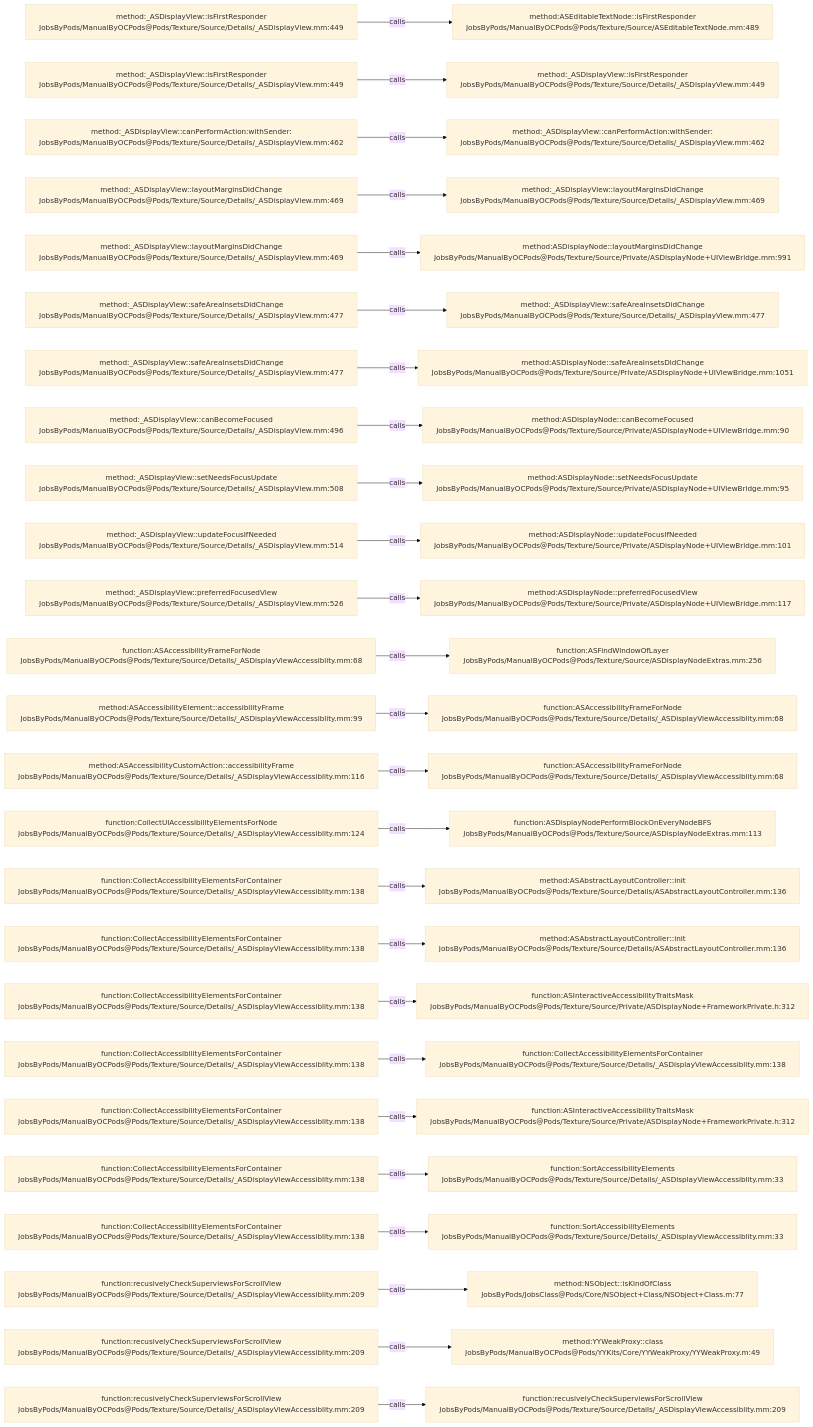
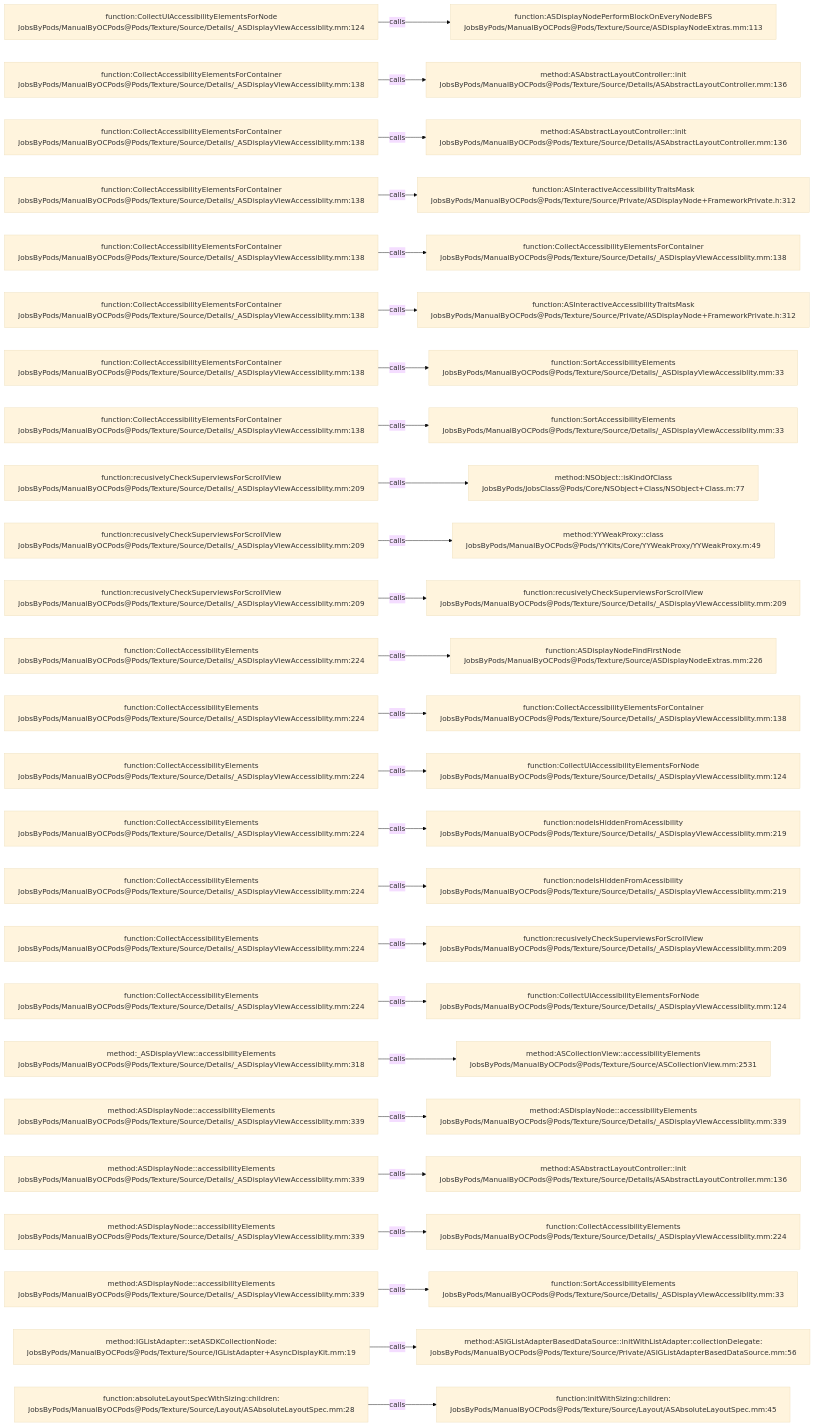
The diagram in .codegraph/codegraph.md/graphs/calls-175.md (JobsKits/JobsOCBaseConfigDemo), drawn with Mermaid (base theme) before and after one commit. The commit also changed 296 other files, not shown here.

````diff
--- a/.codegraph/codegraph.md/graphs/calls-175.md
+++ b/.codegraph/codegraph.md/graphs/calls-175.md
@@ -13,78 +13,78 @@
 ```mermaid
 flowchart LR
-  S1["method:_ASDisplayView::isFirstResponder<br/>JobsByPods/ManualByOCPods@Pods/Texture/Source/Details/_ASDisplayView.mm:449"]
-  T1["method:ASEditableTextNode::isFirstResponder<br/>JobsByPods/ManualByOCPods@Pods/Texture/Source/ASEditableTextNode.mm:489"]
+  S1["function:CollectUIAccessibilityElementsForNode<br/>JobsByPods/ManualByOCPods@Pods/Texture/Source/Details/_ASDisplayViewAccessiblity.mm:124"]
+  T1["function:ASDisplayNodePerformBlockOnEveryNodeBFS<br/>JobsByPods/ManualByOCPods@Pods/Texture/Source/ASDisplayNodeExtras.mm:113"]
   S1 -->|calls| T1
-  S2["method:_ASDisplayView::isFirstResponder<br/>JobsByPods/ManualByOCPods@Pods/Texture/Source/Details/_ASDisplayView.mm:449"]
-  T2["method:_ASDisplayView::isFirstResponder<br/>JobsByPods/ManualByOCPods@Pods/Texture/Source/Details/_ASDisplayView.mm:449"]
+  S2["function:CollectAccessibilityElementsForContainer<br/>JobsByPods/ManualByOCPods@Pods/Texture/Source/Details/_ASDisplayViewAccessiblity.mm:138"]
+  T2["method:ASAbstractLayoutController::init<br/>JobsByPods/ManualByOCPods@Pods/Texture/Source/Details/ASAbstractLayoutController.mm:136"]
   S2 -->|calls| T2
-  S3["method:_ASDisplayView::canPerformAction:withSender:<br/>JobsByPods/ManualByOCPods@Pods/Texture/Source/Details/_ASDisplayView.mm:462"]
-  T3["method:_ASDisplayView::canPerformAction:withSender:<br/>JobsByPods/ManualByOCPods@Pods/Texture/Source/Details/_ASDisplayView.mm:462"]
+  S3["function:CollectAccessibilityElementsForContainer<br/>JobsByPods/ManualByOCPods@Pods/Texture/Source/Details/_ASDisplayViewAccessiblity.mm:138"]
+  T3["method:ASAbstractLayoutController::init<br/>JobsByPods/ManualByOCPods@Pods/Texture/Source/Details/ASAbstractLayoutController.mm:136"]
   S3 -->|calls| T3
-  S4["method:_ASDisplayView::layoutMarginsDidChange<br/>JobsByPods/ManualByOCPods@Pods/Texture/Source/Details/_ASDisplayView.mm:469"]
-  T4["method:_ASDisplayView::layoutMarginsDidChange<br/>JobsByPods/ManualByOCPods@Pods/Texture/Source/Details/_ASDisplayView.mm:469"]
+  S4["function:CollectAccessibilityElementsForContainer<br/>JobsByPods/ManualByOCPods@Pods/Texture/Source/Details/_ASDisplayViewAccessiblity.mm:138"]
+  T4["function:ASInteractiveAccessibilityTraitsMask<br/>JobsByPods/ManualByOCPods@Pods/Texture/Source/Private/ASDisplayNode+FrameworkPrivate.h:312"]
   S4 -->|calls| T4
-  S5["method:_ASDisplayView::layoutMarginsDidChange<br/>JobsByPods/ManualByOCPods@Pods/Texture/Source/Details/_ASDisplayView.mm:469"]
-  T5["method:ASDisplayNode::layoutMarginsDidChange<br/>JobsByPods/ManualByOCPods@Pods/Texture/Source/Private/ASDisplayNode+UIViewBridge.mm:991"]
+  S5["function:CollectAccessibilityElementsForContainer<br/>JobsByPods/ManualByOCPods@Pods/Texture/Source/Details/_ASDisplayViewAccessiblity.mm:138"]
+  T5["function:CollectAccessibilityElementsForContainer<br/>JobsByPods/ManualByOCPods@Pods/Texture/Source/Details/_ASDisplayViewAccessiblity.mm:138"]
   S5 -->|calls| T5
-  S6["method:_ASDisplayView::safeAreaInsetsDidChange<br/>JobsByPods/ManualByOCPods@Pods/Texture/Source/Details/_ASDisplayView.mm:477"]
-  T6["method:_ASDisplayView::safeAreaInsetsDidChange<br/>JobsByPods/ManualByOCPods@Pods/Texture/Source/Details/_ASDisplayView.mm:477"]
+  S6["function:CollectAccessibilityElementsForContainer<br/>JobsByPods/ManualByOCPods@Pods/Texture/Source/Details/_ASDisplayViewAccessiblity.mm:138"]
+  T6["function:ASInteractiveAccessibilityTraitsMask<br/>JobsByPods/ManualByOCPods@Pods/Texture/Source/Private/ASDisplayNode+FrameworkPrivate.h:312"]
   S6 -->|calls| T6
-  S7["method:_ASDisplayView::safeAreaInsetsDidChange<br/>JobsByPods/ManualByOCPods@Pods/Texture/Source/Details/_ASDisplayView.mm:477"]
-  T7["method:ASDisplayNode::safeAreaInsetsDidChange<br/>JobsByPods/ManualByOCPods@Pods/Texture/Source/Private/ASDisplayNode+UIViewBridge.mm:1051"]
+  S7["function:CollectAccessibilityElementsForContainer<br/>JobsByPods/ManualByOCPods@Pods/Texture/Source/Details/_ASDisplayViewAccessiblity.mm:138"]
+  T7["function:SortAccessibilityElements<br/>JobsByPods/ManualByOCPods@Pods/Texture/Source/Details/_ASDisplayViewAccessiblity.mm:33"]
   S7 -->|calls| T7
-  S8["method:_ASDisplayView::canBecomeFocused<br/>JobsByPods/ManualByOCPods@Pods/Texture/Source/Details/_ASDisplayView.mm:496"]
-  T8["method:ASDisplayNode::canBecomeFocused<br/>JobsByPods/ManualByOCPods@Pods/Texture/Source/Private/ASDisplayNode+UIViewBridge.mm:90"]
+  S8["function:CollectAccessibilityElementsForContainer<br/>JobsByPods/ManualByOCPods@Pods/Texture/Source/Details/_ASDisplayViewAccessiblity.mm:138"]
+  T8["function:SortAccessibilityElements<br/>JobsByPods/ManualByOCPods@Pods/Texture/Source/Details/_ASDisplayViewAccessiblity.mm:33"]
   S8 -->|calls| T8
-  S9["method:_ASDisplayView::setNeedsFocusUpdate<br/>JobsByPods/ManualByOCPods@Pods/Texture/Source/Details/_ASDisplayView.mm:508"]
-  T9["method:ASDisplayNode::setNeedsFocusUpdate<br/>JobsByPods/ManualByOCPods@Pods/Texture/Source/Private/ASDisplayNode+UIViewBridge.mm:95"]
+  S9["function:recusivelyCheckSuperviewsForScrollView<br/>JobsByPods/ManualByOCPods@Pods/Texture/Source/Details/_ASDisplayViewAccessiblity.mm:209"]
+  T9["method:NSObject::isKindOfClass<br/>JobsByPods/JobsClass@Pods/Core/NSObject+Class/NSObject+Class.m:77"]
   S9 -->|calls| T9
-  S10["method:_ASDisplayView::updateFocusIfNeeded<br/>JobsByPods/ManualByOCPods@Pods/Texture/Source/Details/_ASDisplayView.mm:514"]
-  T10["method:ASDisplayNode::updateFocusIfNeeded<br/>JobsByPods/ManualByOCPods@Pods/Texture/Source/Private/ASDisplayNode+UIViewBridge.mm:101"]
+  S10["function:recusivelyCheckSuperviewsForScrollView<br/>JobsByPods/ManualByOCPods@Pods/Texture/Source/Details/_ASDisplayViewAccessiblity.mm:209"]
+  T10["method:YYWeakProxy::class<br/>JobsByPods/ManualByOCPods@Pods/YYKits/Core/YYWeakProxy/YYWeakProxy.m:49"]
   S10 -->|calls| T10
-  S11["method:_ASDisplayView::preferredFocusedView<br/>JobsByPods/ManualByOCPods@Pods/Texture/Source/Details/_ASDisplayView.mm:526"]
-  T11["method:ASDisplayNode::preferredFocusedView<br/>JobsByPods/ManualByOCPods@Pods/Texture/Source/Private/ASDisplayNode+UIViewBridge.mm:117"]
+  S11["function:recusivelyCheckSuperviewsForScrollView<br/>JobsByPods/ManualByOCPods@Pods/Texture/Source/Details/_ASDisplayViewAccessiblity.mm:209"]
+  T11["function:recusivelyCheckSuperviewsForScrollView<br/>JobsByPods/ManualByOCPods@Pods/Texture/Source/Details/_ASDisplayViewAccessiblity.mm:209"]
   S11 -->|calls| T11
-  S12["function:ASAccessibilityFrameForNode<br/>JobsByPods/ManualByOCPods@Pods/Texture/Source/Details/_ASDisplayViewAccessiblity.mm:68"]
-  T12["function:ASFindWindowOfLayer<br/>JobsByPods/ManualByOCPods@Pods/Texture/Source/ASDisplayNodeExtras.mm:256"]
+  S12["function:CollectAccessibilityElements<br/>JobsByPods/ManualByOCPods@Pods/Texture/Source/Details/_ASDisplayViewAccessiblity.mm:224"]
+  T12["function:ASDisplayNodeFindFirstNode<br/>JobsByPods/ManualByOCPods@Pods/Texture/Source/ASDisplayNodeExtras.mm:226"]
   S12 -->|calls| T12
-  S13["method:ASAccessibilityElement::accessibilityFrame<br/>JobsByPods/ManualByOCPods@Pods/Texture/Source/Details/_ASDisplayViewAccessiblity.mm:99"]
-  T13["function:ASAccessibilityFrameForNode<br/>JobsByPods/ManualByOCPods@Pods/Texture/Source/Details/_ASDisplayViewAccessiblity.mm:68"]
+  S13["function:CollectAccessibilityElements<br/>JobsByPods/ManualByOCPods@Pods/Texture/Source/Details/_ASDisplayViewAccessiblity.mm:224"]
+  T13["function:CollectAccessibilityElementsForContainer<br/>JobsByPods/ManualByOCPods@Pods/Texture/Source/Details/_ASDisplayViewAccessiblity.mm:138"]
   S13 -->|calls| T13
-  S14["method:ASAccessibilityCustomAction::accessibilityFrame<br/>JobsByPods/ManualByOCPods@Pods/Texture/Source/Details/_ASDisplayViewAccessiblity.mm:116"]
-  T14["function:ASAccessibilityFrameForNode<br/>JobsByPods/ManualByOCPods@Pods/Texture/Source/Details/_ASDisplayViewAccessiblity.mm:68"]
+  S14["function:CollectAccessibilityElements<br/>JobsByPods/ManualByOCPods@Pods/Texture/Source/Details/_ASDisplayViewAccessiblity.mm:224"]
+  T14["function:CollectUIAccessibilityElementsForNode<br/>JobsByPods/ManualByOCPods@Pods/Texture/Source/Details/_ASDisplayViewAccessiblity.mm:124"]
   S14 -->|calls| T14
-  S15["function:CollectUIAccessibilityElementsForNode<br/>JobsByPods/ManualByOCPods@Pods/Texture/Source/Details/_ASDisplayViewAccessiblity.mm:124"]
-  T15["function:ASDisplayNodePerformBlockOnEveryNodeBFS<br/>JobsByPods/ManualByOCPods@Pods/Texture/Source/ASDisplayNodeExtras.mm:113"]
+  S15["function:CollectAccessibilityElements<br/>JobsByPods/ManualByOCPods@Pods/Texture/Source/Details/_ASDisplayViewAccessiblity.mm:224"]
+  T15["function:nodeIsHiddenFromAcessibility<br/>JobsByPods/ManualByOCPods@Pods/Texture/Source/Details/_ASDisplayViewAccessiblity.mm:219"]
   S15 -->|calls| T15
-  S16["function:CollectAccessibilityElementsForContainer<br/>JobsByPods/ManualByOCPods@Pods/Texture/Source/Details/_ASDisplayViewAccessiblity.mm:138"]
-  T16["method:ASAbstractLayoutController::init<br/>JobsByPods/ManualByOCPods@Pods/Texture/Source/Details/ASAbstractLayoutController.mm:136"]
+  S16["function:CollectAccessibilityElements<br/>JobsByPods/ManualByOCPods@Pods/Texture/Source/Details/_ASDisplayViewAccessiblity.mm:224"]
+  T16["function:nodeIsHiddenFromAcessibility<br/>JobsByPods/ManualByOCPods@Pods/Texture/Source/Details/_ASDisplayViewAccessiblity.mm:219"]
   S16 -->|calls| T16
-  S17["function:CollectAccessibilityElementsForContainer<br/>JobsByPods/ManualByOCPods@Pods/Texture/Source/Details/_ASDisplayViewAccessiblity.mm:138"]
-  T17["method:ASAbstractLayoutController::init<br/>JobsByPods/ManualByOCPods@Pods/Texture/Source/Details/ASAbstractLayoutController.mm:136"]
+  S17["function:CollectAccessibilityElements<br/>JobsByPods/ManualByOCPods@Pods/Texture/Source/Details/_ASDisplayViewAccessiblity.mm:224"]
+  T17["function:recusivelyCheckSuperviewsForScrollView<br/>JobsByPods/ManualByOCPods@Pods/Texture/Source/Details/_ASDisplayViewAccessiblity.mm:209"]
   S17 -->|calls| T17
-  S18["function:CollectAccessibilityElementsForContainer<br/>JobsByPods/ManualByOCPods@Pods/Texture/Source/Details/_ASDisplayViewAccessiblity.mm:138"]
-  T18["function:ASInteractiveAccessibilityTraitsMask<br/>JobsByPods/ManualByOCPods@Pods/Texture/Source/Private/ASDisplayNode+FrameworkPrivate.h:312"]
+  S18["function:CollectAccessibilityElements<br/>JobsByPods/ManualByOCPods@Pods/Texture/Source/Details/_ASDisplayViewAccessiblity.mm:224"]
+  T18["function:CollectUIAccessibilityElementsForNode<br/>JobsByPods/ManualByOCPods@Pods/Texture/Source/Details/_ASDisplayViewAccessiblity.mm:124"]
   S18 -->|calls| T18
-  S19["function:CollectAccessibilityElementsForContainer<br/>JobsByPods/ManualByOCPods@Pods/Texture/Source/Details/_ASDisplayViewAccessiblity.mm:138"]
-  T19["function:CollectAccessibilityElementsForContainer<br/>JobsByPods/ManualByOCPods@Pods/Texture/Source/Details/_ASDisplayViewAccessiblity.mm:138"]
+  S19["method:_ASDisplayView::accessibilityElements<br/>JobsByPods/ManualByOCPods@Pods/Texture/Source/Details/_ASDisplayViewAccessiblity.mm:318"]
+  T19["method:ASCollectionView::accessibilityElements<br/>JobsByPods/ManualByOCPods@Pods/Texture/Source/ASCollectionView.mm:2531"]
   S19 -->|calls| T19
-  S20["function:CollectAccessibilityElementsForContainer<br/>JobsByPods/ManualByOCPods@Pods/Texture/Source/Details/_ASDisplayViewAccessiblity.mm:138"]
-  T20["function:ASInteractiveAccessibilityTraitsMask<br/>JobsByPods/ManualByOCPods@Pods/Texture/Source/Private/ASDisplayNode+FrameworkPrivate.h:312"]
+  S20["method:ASDisplayNode::accessibilityElements<br/>JobsByPods/ManualByOCPods@Pods/Texture/Source/Details/_ASDisplayViewAccessiblity.mm:339"]
+  T20["method:ASDisplayNode::accessibilityElements<br/>JobsByPods/ManualByOCPods@Pods/Texture/Source/Details/_ASDisplayViewAccessiblity.mm:339"]
   S20 -->|calls| T20
-  S21["function:CollectAccessibilityElementsForContainer<br/>JobsByPods/ManualByOCPods@Pods/Texture/Source/Details/_ASDisplayViewAccessiblity.mm:138"]
-  T21["function:SortAccessibilityElements<br/>JobsByPods/ManualByOCPods@Pods/Texture/Source/Details/_ASDisplayViewAccessiblity.mm:33"]
+  S21["method:ASDisplayNode::accessibilityElements<br/>JobsByPods/ManualByOCPods@Pods/Texture/Source/Details/_ASDisplayViewAccessiblity.mm:339"]
+  T21["method:ASAbstractLayoutController::init<br/>JobsByPods/ManualByOCPods@Pods/Texture/Source/Details/ASAbstractLayoutController.mm:136"]
   S21 -->|calls| T21
-  S22["function:CollectAccessibilityElementsForContainer<br/>JobsByPods/ManualByOCPods@Pods/Texture/Source/Details/_ASDisplayViewAccessiblity.mm:138"]
-  T22["function:SortAccessibilityElements<br/>JobsByPods/ManualByOCPods@Pods/Texture/Source/Details/_ASDisplayViewAccessiblity.mm:33"]
+  S22["method:ASDisplayNode::accessibilityElements<br/>JobsByPods/ManualByOCPods@Pods/Texture/Source/Details/_ASDisplayViewAccessiblity.mm:339"]
+  T22["function:CollectAccessibilityElements<br/>JobsByPods/ManualByOCPods@Pods/Texture/Source/Details/_ASDisplayViewAccessiblity.mm:224"]
   S22 -->|calls| T22
-  S23["function:recusivelyCheckSuperviewsForScrollView<br/>JobsByPods/ManualByOCPods@Pods/Texture/Source/Details/_ASDisplayViewAccessiblity.mm:209"]
-  T23["method:NSObject::isKindOfClass<br/>JobsByPods/JobsClass@Pods/Core/NSObject+Class/NSObject+Class.m:77"]
+  S23["method:ASDisplayNode::accessibilityElements<br/>JobsByPods/ManualByOCPods@Pods/Texture/Source/Details/_ASDisplayViewAccessiblity.mm:339"]
+  T23["function:SortAccessibilityElements<br/>JobsByPods/ManualByOCPods@Pods/Texture/Source/Details/_ASDisplayViewAccessiblity.mm:33"]
   S23 -->|calls| T23
-  S24["function:recusivelyCheckSuperviewsForScrollView<br/>JobsByPods/ManualByOCPods@Pods/Texture/Source/Details/_ASDisplayViewAccessiblity.mm:209"]
-  T24["method:YYWeakProxy::class<br/>JobsByPods/ManualByOCPods@Pods/YYKits/Core/YYWeakProxy/YYWeakProxy.m:49"]
+  S24["method:IGListAdapter::setASDKCollectionNode:<br/>JobsByPods/ManualByOCPods@Pods/Texture/Source/IGListAdapter+AsyncDisplayKit.mm:19"]
+  T24["method:ASIGListAdapterBasedDataSource::initWithListAdapter:collectionDelegate:<br/>JobsByPods/ManualByOCPods@Pods/Texture/Source/Private/ASIGListAdapterBasedDataSource.mm:56"]
   S24 -->|calls| T24
-  S25["function:recusivelyCheckSuperviewsForScrollView<br/>JobsByPods/ManualByOCPods@Pods/Texture/Source/Details/_ASDisplayViewAccessiblity.mm:209"]
-  T25["function:recusivelyCheckSuperviewsForScrollView<br/>JobsByPods/ManualByOCPods@Pods/Texture/Source/Details/_ASDisplayViewAccessiblity.mm:209"]
+  S25["function:absoluteLayoutSpecWithSizing:children:<br/>JobsByPods/ManualByOCPods@Pods/Texture/Source/Layout/ASAbsoluteLayoutSpec.mm:28"]
+  T25["function:initWithSizing:children:<br/>JobsByPods/ManualByOCPods@Pods/Texture/Source/Layout/ASAbsoluteLayoutSpec.mm:45"]
   S25 -->|calls| T25
 ```
````
